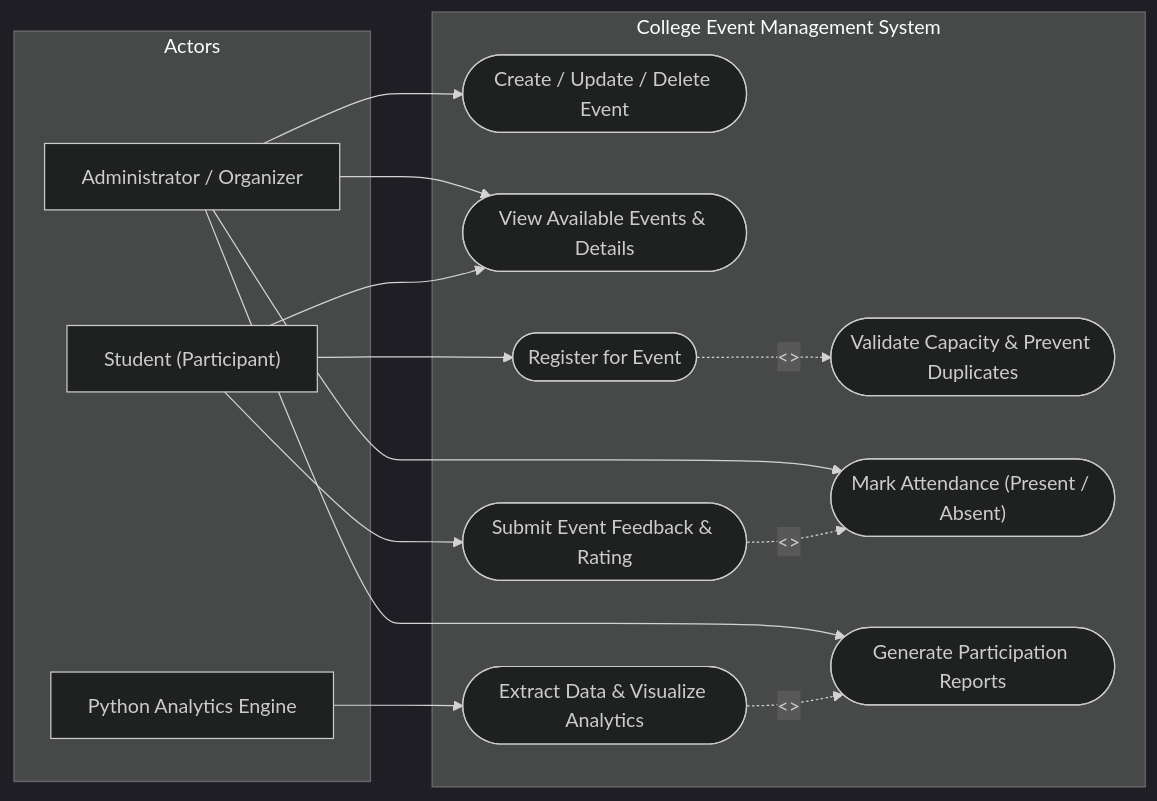
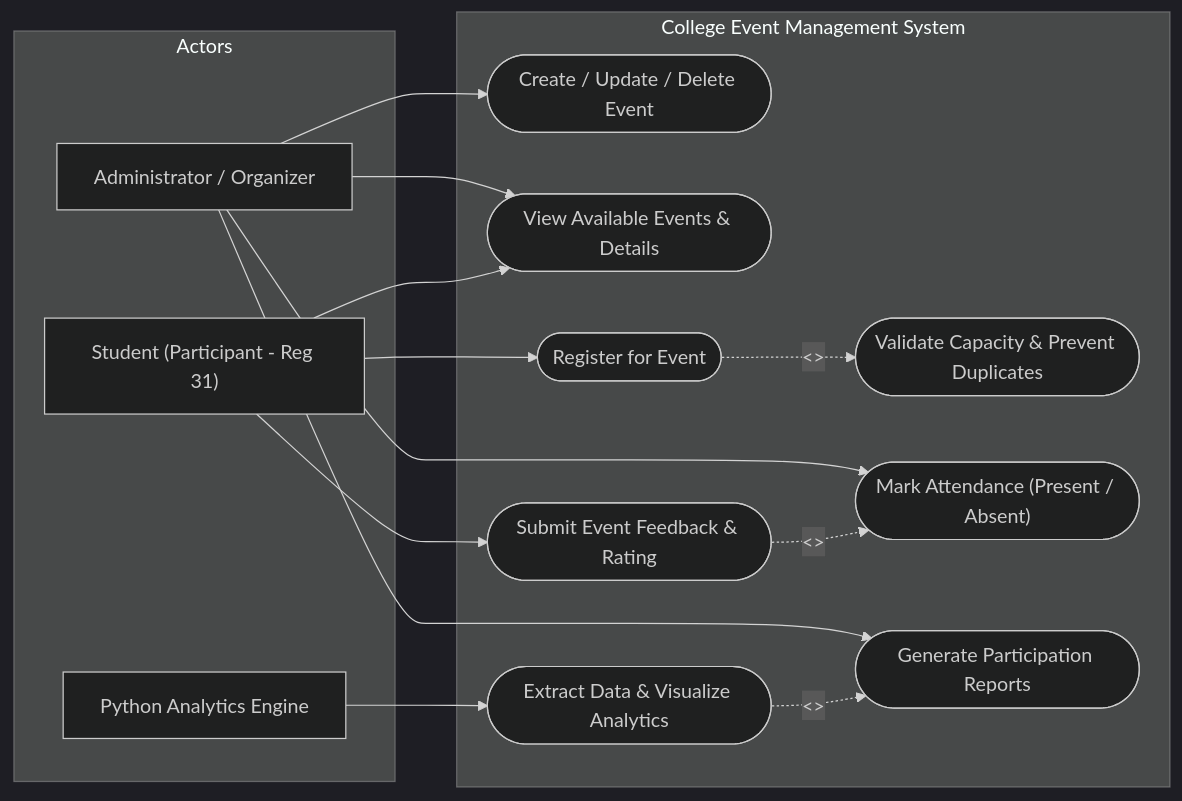
Before and after one commit to girinathsr7423-gif/Event-management: the first of 6 diagrams in docs/Design_Diagrams.md, drawn with Mermaid (dark theme). The commit also changed other lines of this file and 5 other files, not shown here.

Commit message:
Add full 5-Unit Software Engineering documentation, component diagram, process model, and white-box CFG

````diff
--- a/docs/Design_Diagrams.md
+++ b/docs/Design_Diagrams.md
@@ -14,34 +14,34 @@
 ```mermaid
 flowchart LR
     subgraph Actors
         Admin["Administrator / Organizer"]
-        Student["Student (Participant)"]
+        Student["Student (Participant - Reg 31)"]
         Analyst["Python Analytics Engine"]
     end
 
     subgraph College Event Management System
         UC1(["Create / Update / Delete Event"])
         UC2(["View Available Events & Details"])
         UC3(["Register for Event"])
         UC4(["Validate Capacity & Prevent Duplicates"])
         UC5(["Mark Attendance (Present / Absent)"])
         UC6(["Submit Event Feedback & Rating"])
         UC7(["Generate Participation Reports"])
         UC8(["Extract Data & Visualize Analytics"])
     end
 
     Admin --> UC1
     Admin --> UC2
     Admin --> UC5
     Admin --> UC7
 
     Student --> UC2
     Student --> UC3
     Student --> UC6
 
     UC3 -.->|<<include>>| UC4
     UC6 -.->|<<extend>>| UC5
 
     Analyst --> UC8
     UC8 -.->|<<reads>>| UC7
 ```
````
